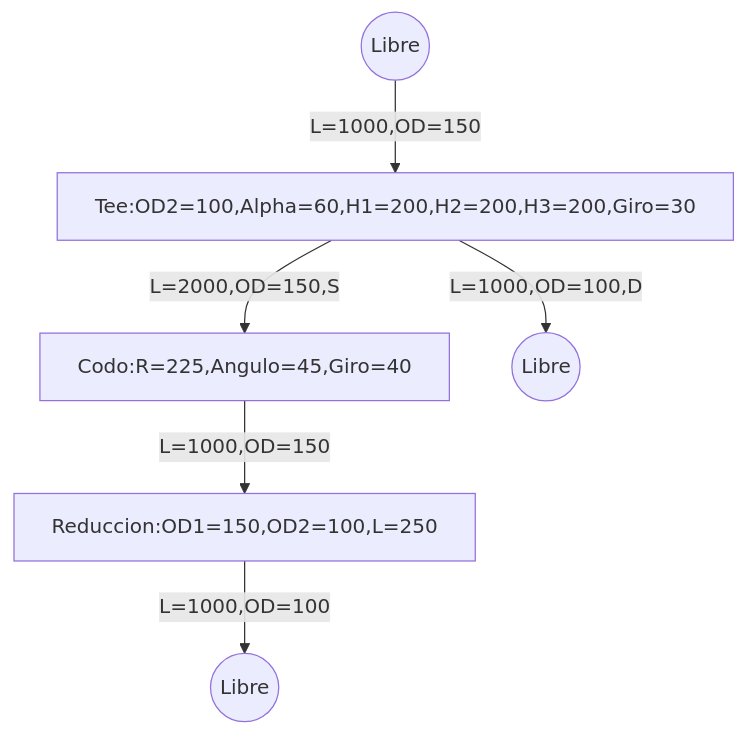
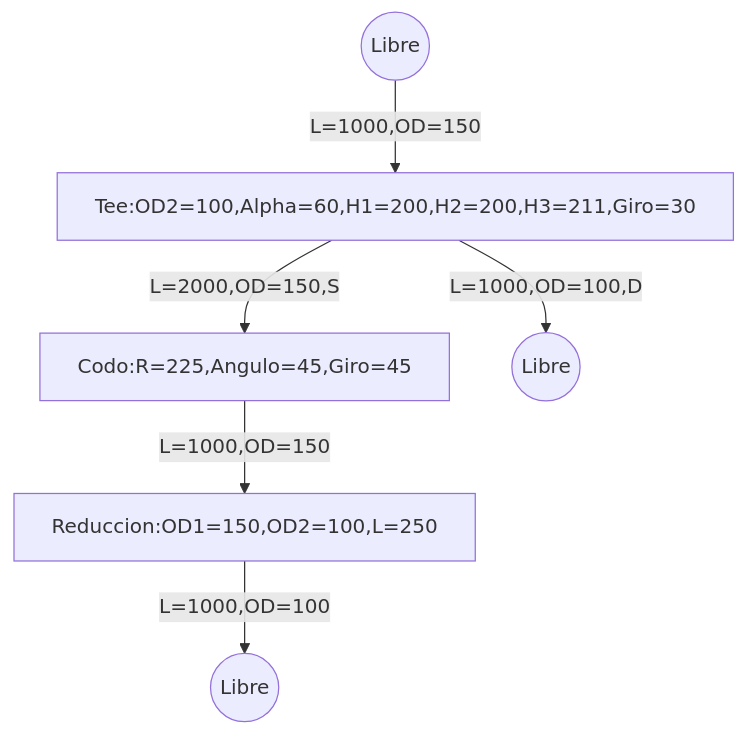
One commit to reiraviolo/Mesh_preforma changed the diagram in Caso_1.md. Above: the diagram before and after it, drawn with Mermaid. The commit also changed 7 other files, not shown here.

````diff
--- a/Caso_1.md
+++ b/Caso_1.md
@@ -1,15 +1,15 @@
 ```mermaid
 flowchart TD
 1((Libre))
-2["Tee:OD2=100,Alpha=60,H1=200,H2=200,H3=200,Giro=30"]
-3["Codo:R=225,Angulo=45,Giro=40"]
+2["Tee:OD2=100,Alpha=60,H1=200,H2=200,H3=211,Giro=30"]
+3["Codo:R=225,Angulo=45,Giro=45"]
 4["Reduccion:OD1=150,OD2=100,L=250"]
 5((Libre))
 6((Libre))
 
 1 -->|L=1000,OD=150| 2
 2 -->|L=2000,OD=150,S| 3
 3 -->|L=1000,OD=150| 4
 4 -->|L=1000,OD=100| 5
 2 -->|L=1000,OD=100,D| 6
 ```
````
